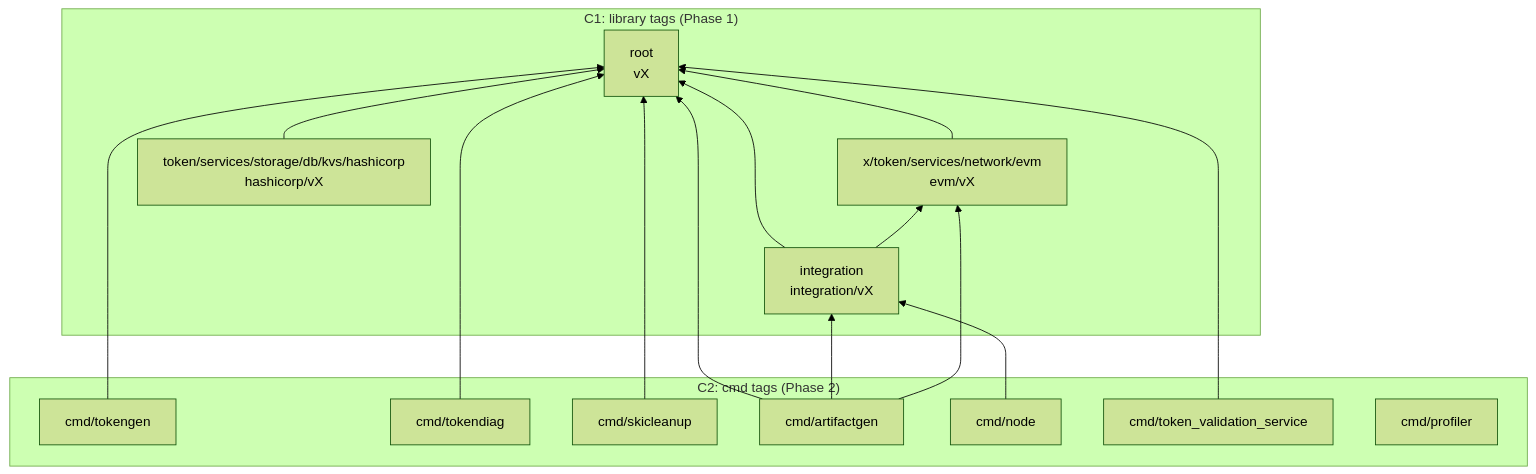
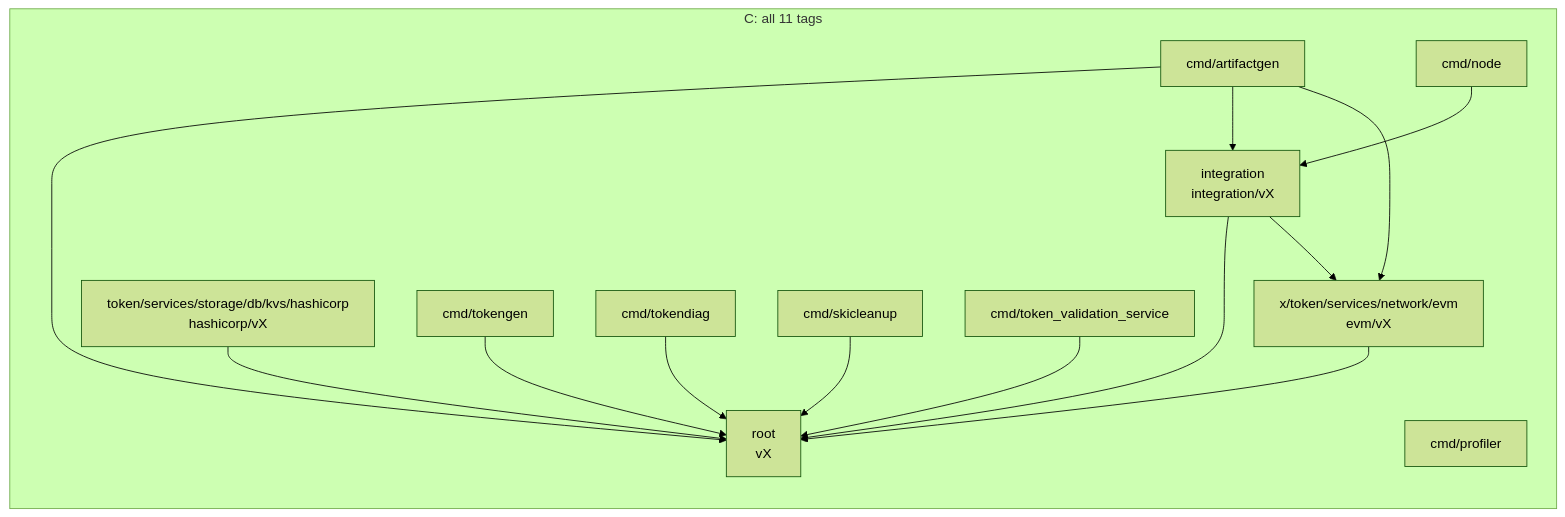
The fifth of 7 diagrams in docs/proposals/release-process.md (LFDT-Panurus/panurus), drawn with Mermaid (forest theme) before and after one commit. The commit also changed other lines of this file, not shown here.

````diff
--- a/docs/proposals/release-process.md
+++ b/docs/proposals/release-process.md
@@ -470,30 +519,28 @@
 ```mermaid
 flowchart BT
-    subgraph C1["C1: library tags (Phase 1)"]
+    subgraph C["C: all 11 tags"]
         ROOT["root<br/>vX"]
         EVM["x/token/services/network/evm<br/>evm/vX"]
         HC["token/services/storage/db/kvs/hashicorp<br/>hashicorp/vX"]
         INT["integration<br/>integration/vX"]
-    end
-    subgraph C2["C2: cmd tags (Phase 2)"]
         TG["cmd/tokengen"]
         TD["cmd/tokendiag"]
         SK["cmd/skicleanup"]
         AG["cmd/artifactgen"]
         ND["cmd/node"]
         TVS["cmd/token_validation_service"]
         PR["cmd/profiler"]
     end
     EVM --> ROOT
     HC --> ROOT
     INT --> ROOT
     INT --> EVM
     TG --> ROOT
     TD --> ROOT
     SK --> ROOT
     TVS --> ROOT
     AG --> ROOT
     AG --> INT
     AG --> EVM
     ND --> INT
 ```
````
